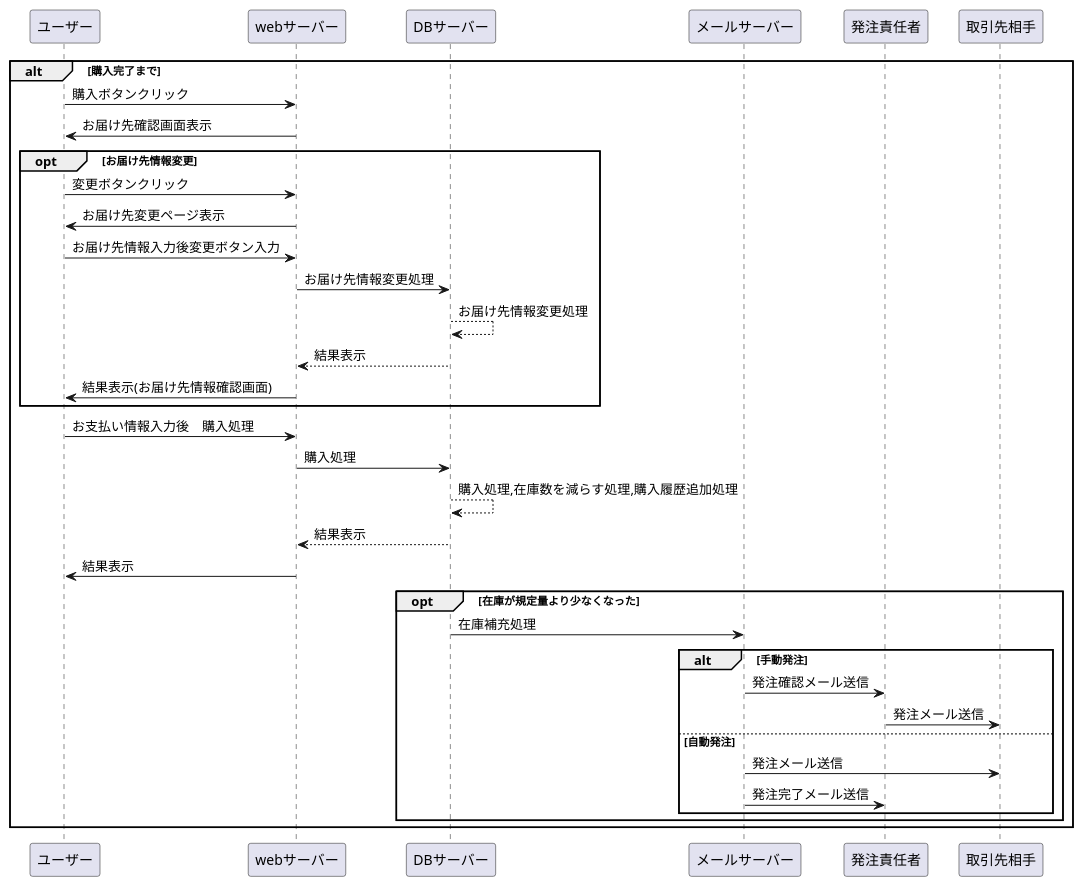
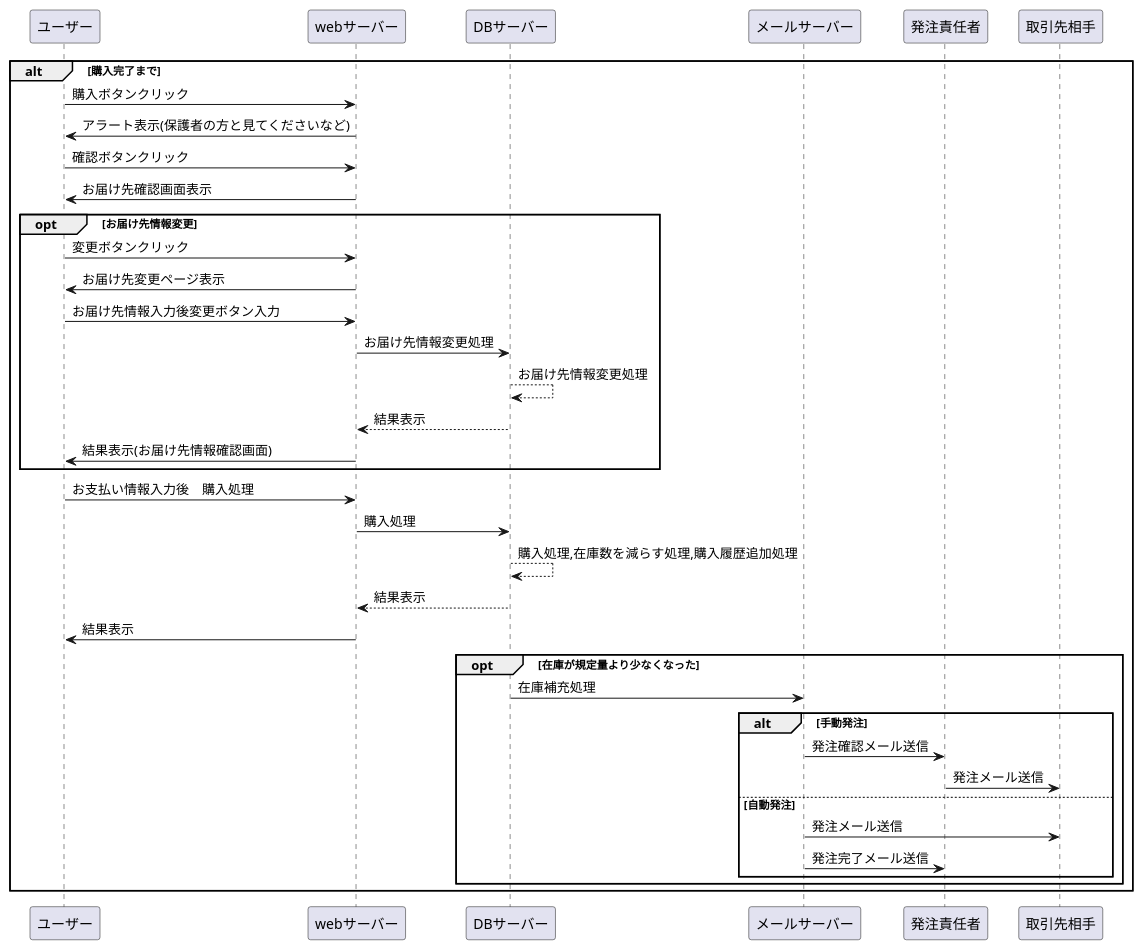
One commit to aso2001036/kaihatu changed the diagram in 業務フロー図/flow2.md. Above: the diagram before and after it, drawn with PlantUML.

````diff
--- a/業務フロー図/flow2.md
+++ b/業務フロー図/flow2.md
@@ -1,35 +1,37 @@
 ```uml
 @startuml
 alt 購入完了まで
 
 ユーザー -> webサーバー : 購入ボタンクリック
+webサーバー -> ユーザー : アラート表示(保護者の方と見てくださいなど)
+ユーザー -> webサーバー : 確認ボタンクリック
 webサーバー -> ユーザー : お届け先確認画面表示
 
 opt お届け先情報変更
 ユーザー -> webサーバー : 変更ボタンクリック
 webサーバー -> ユーザー : お届け先変更ページ表示
 ユーザー -> webサーバー : お届け先情報入力後変更ボタン入力
 webサーバー -> DBサーバー: お届け先情報変更処理
 DBサーバー --> DBサーバー : お届け先情報変更処理
 DBサーバー --> webサーバー: 結果表示
 webサーバー -> ユーザー : 結果表示(お届け先情報確認画面)
 end
 
 ユーザー -> webサーバー : お支払い情報入力後　購入処理
 webサーバー -> DBサーバー: 購入処理
 DBサーバー --> DBサーバー : 購入処理,在庫数を減らす処理,購入履歴追加処理
 DBサーバー --> webサーバー: 結果表示
 webサーバー -> ユーザー : 結果表示
 opt 在庫が規定量より少なくなった
 DBサーバー -> メールサーバー : 在庫補充処理
 alt 手動発注
 メールサーバー -> 発注責任者 : 発注確認メール送信
 発注責任者 -> 取引先相手 : 発注メール送信
 else 自動発注
 メールサーバー -> 取引先相手 : 発注メール送信
 メールサーバー -> 発注責任者 : 発注完了メール送信
 end
 end
 end
 @enduml
 ```
````
